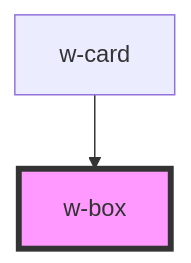
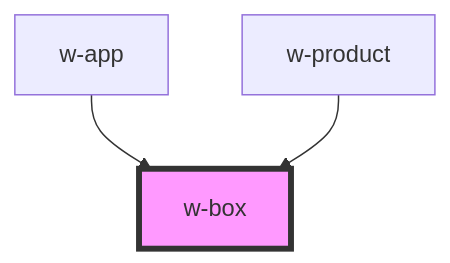
One commit to xe4me/woolies-design-system changed the diagram in src/components/w-box/readme.md. Above: the diagram before and after it, drawn with Mermaid. The commit also changed other lines of this file and 20 other files, not shown here.

Commit message:
Removed w-card and implemented w-product

````diff
--- a/src/components/w-box/readme.md
+++ b/src/components/w-box/readme.md
@@ -22,5 +23,6 @@
 ```mermaid
 graph TD;
-  w-card --> w-box
+  w-app --> w-box
+  w-product --> w-box
   style w-box fill:#f9f,stroke:#333,stroke-width:4px
 ```
````
